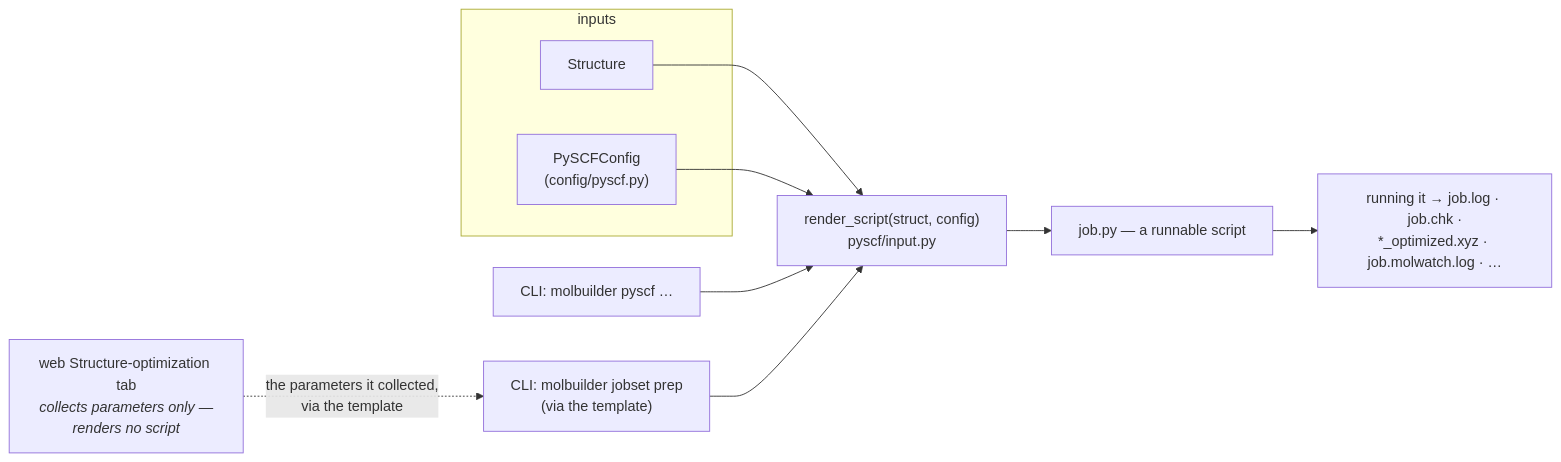
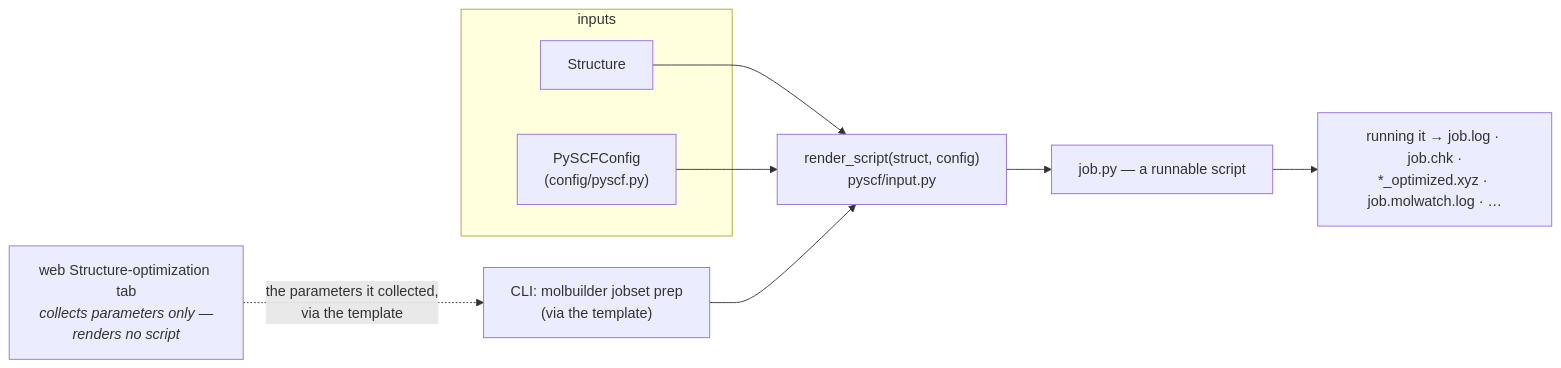
One commit to Qing-LAB/molbuilder changed the first of 2 diagrams in docs/engines/pyscf.md. Above: the diagram before and after it, drawn with Mermaid. The commit also changed other lines of this file and 36 other files, not shown here.

````diff
--- a/docs/engines/pyscf.md
+++ b/docs/engines/pyscf.md
@@ -36,19 +36,17 @@
 ```mermaid
 flowchart LR
     subgraph IN["inputs"]
         S["Structure"]
         C["PySCFConfig<br/>(config/pyscf.py)"]
     end
-    CLI["CLI: molbuilder pyscf …"]
     PREP["CLI: molbuilder jobset prep<br/>(via the template)"]
     WEB["web Structure-optimization tab<br/><i>collects parameters only —<br/>renders no script</i>"]
     R["render_script(struct, config)<br/>pyscf/input.py"]
     PY["job.py — a runnable script"]
     RUN["running it → job.log · job.chk ·<br/>*_optimized.xyz · job.molwatch.log · …"]
     S --> R
     C --> R
-    CLI --> R
     PREP --> R
     WEB -.->|"the parameters it collected,<br/>via the template"| PREP
     R --> PY --> RUN
 ```
````
